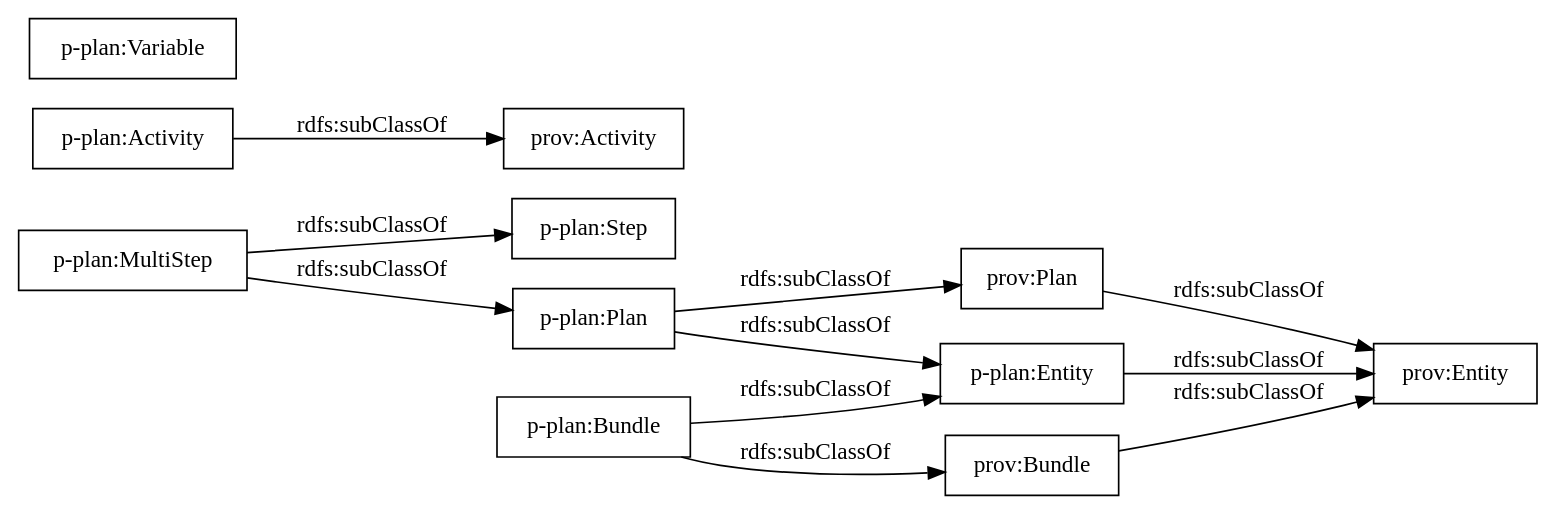
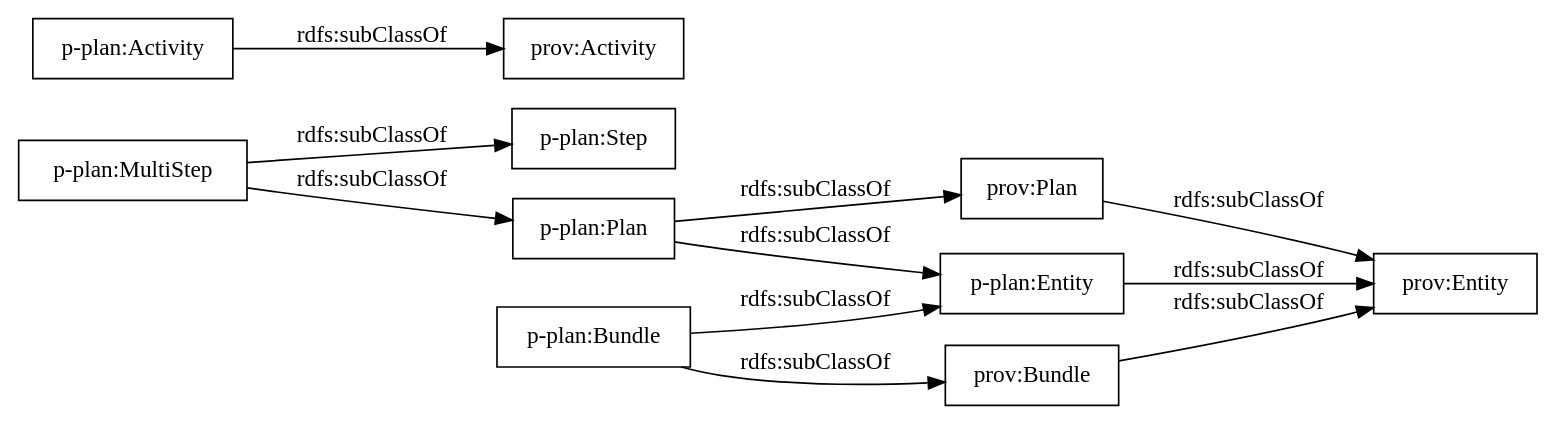
The diagram in OnToology/test.owl/diagrams/ar2dtool-taxonomy/test.owl.png.dot (zhiyupan/test), drawn with Graphviz before and after one commit. The commit also changed 21 other files, not shown here.

```diff
--- a/OnToology/test.owl/diagrams/ar2dtool-taxonomy/test.owl.png.dot
+++ b/OnToology/test.owl/diagrams/ar2dtool-taxonomy/test.owl.png.dot
@@ -1,16 +1,16 @@
 digraph ar2dtool_diagram { 
 rankdir=LR;
 size="1000"
-node [shape = rectangle, color="black"]; "p-plan:MultiStep" "p-plan:Activity" "p-plan:Step" "p-plan:Entity" "p-plan:Bundle" "prov:Bundle" "prov:Entity" "p-plan:Plan" "prov:Plan" "prov:Activity" "p-plan:Variable" ; /*classes style*/
+node [shape = rectangle, color="black"]; "p-plan:MultiStep" "p-plan:Activity" "p-plan:Step" "p-plan:Entity" "p-plan:Bundle" "prov:Bundle" "prov:Entity" "p-plan:Plan" "prov:Plan" "prov:Activity" ; /*classes style*/
 	"p-plan:Entity" -> "prov:Entity" [ label = "rdfs:subClassOf" ];
 	"p-plan:Activity" -> "prov:Activity" [ label = "rdfs:subClassOf" ];
 	"prov:Bundle" -> "prov:Entity" [ label = "rdfs:subClassOf" ];
 	"prov:Plan" -> "prov:Entity" [ label = "rdfs:subClassOf" ];
 	"p-plan:Plan" -> "prov:Plan" [ label = "rdfs:subClassOf" ];
 	"p-plan:Plan" -> "p-plan:Entity" [ label = "rdfs:subClassOf" ];
 	"p-plan:Bundle" -> "prov:Bundle" [ label = "rdfs:subClassOf" ];
 	"p-plan:Bundle" -> "p-plan:Entity" [ label = "rdfs:subClassOf" ];
 	"p-plan:MultiStep" -> "p-plan:Step" [ label = "rdfs:subClassOf" ];
 	"p-plan:MultiStep" -> "p-plan:Plan" [ label = "rdfs:subClassOf" ];
 
 }
```
